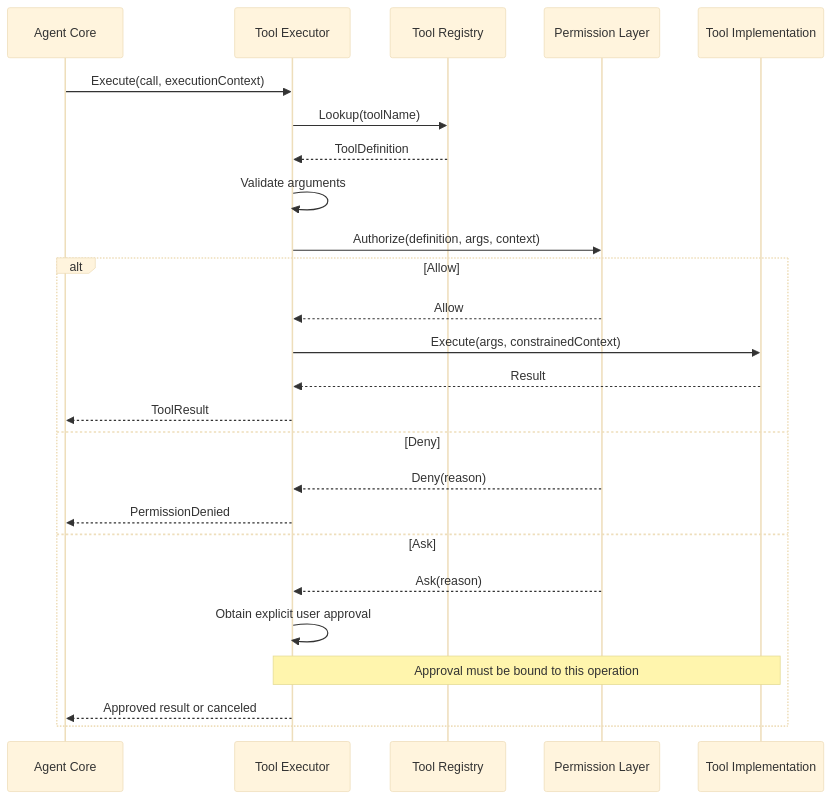
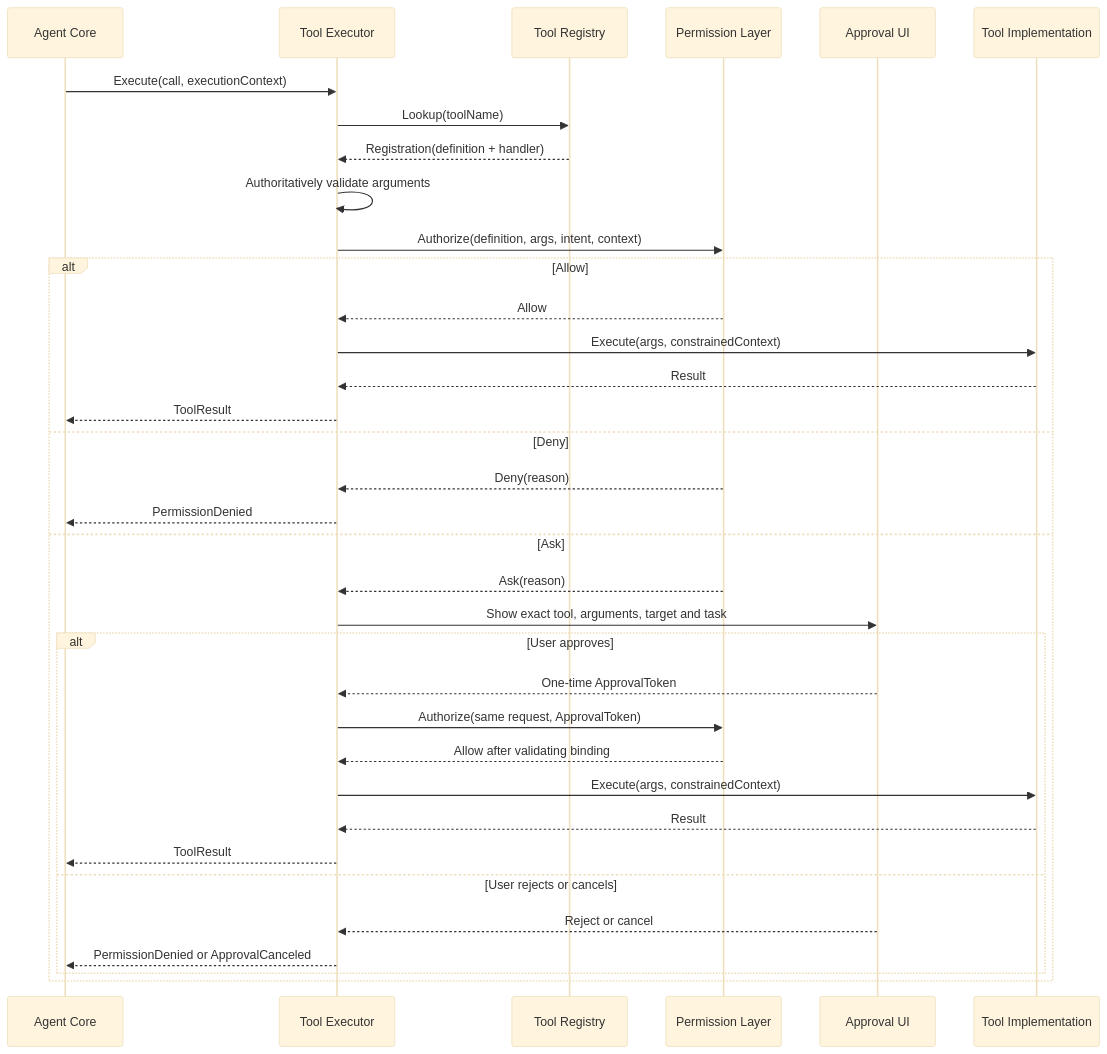
One commit to zuzuviewer/myagent changed the second of 2 diagrams in docs/ARCHITECTURE.md. Above: the diagram before and after it, drawn with Mermaid (base theme). The commit also changed other lines of this file and 2 other files, not shown here.

````diff
--- a/docs/ARCHITECTURE.md
+++ b/docs/ARCHITECTURE.md
@@ -89,28 +93,38 @@
 ```mermaid
 sequenceDiagram
     participant Core as Agent Core
     participant Executor as Tool Executor
     participant Registry as Tool Registry
     participant Policy as Permission Layer
+    participant Approval as Approval UI
     participant Tool as Tool Implementation
 
     Core->>Executor: Execute(call, executionContext)
     Executor->>Registry: Lookup(toolName)
-    Registry-->>Executor: ToolDefinition
-    Executor->>Executor: Validate arguments
-    Executor->>Policy: Authorize(definition, args, context)
+    Registry-->>Executor: Registration(definition + handler)
+    Executor->>Executor: Authoritatively validate arguments
+    Executor->>Policy: Authorize(definition, args, intent, context)
     alt Allow
         Policy-->>Executor: Allow
         Executor->>Tool: Execute(args, constrainedContext)
         Tool-->>Executor: Result
         Executor-->>Core: ToolResult
     else Deny
         Policy-->>Executor: Deny(reason)
         Executor-->>Core: PermissionDenied
     else Ask
         Policy-->>Executor: Ask(reason)
-        Executor->>Executor: Obtain explicit user approval
-        Note over Executor,Tool: Approval must be bound to this operation
-        Executor-->>Core: Approved result or canceled
+        Executor->>Approval: Show exact tool, arguments, target and task
+        alt User approves
+            Approval-->>Executor: One-time ApprovalToken
+            Executor->>Policy: Authorize(same request, ApprovalToken)
+            Policy-->>Executor: Allow after validating binding
+            Executor->>Tool: Execute(args, constrainedContext)
+            Tool-->>Executor: Result
+            Executor-->>Core: ToolResult
+        else User rejects or cancels
+            Approval-->>Executor: Reject or cancel
+            Executor-->>Core: PermissionDenied or ApprovalCanceled
+        end
     end
 ```
````
